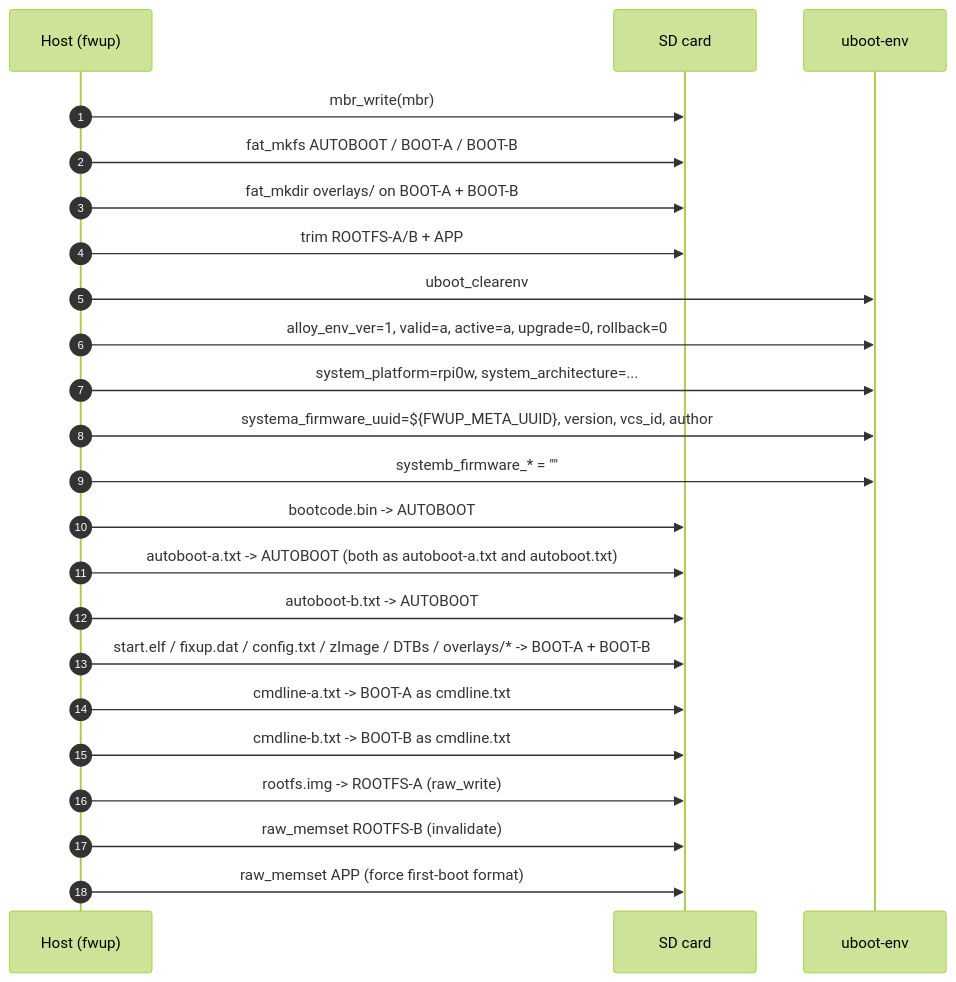
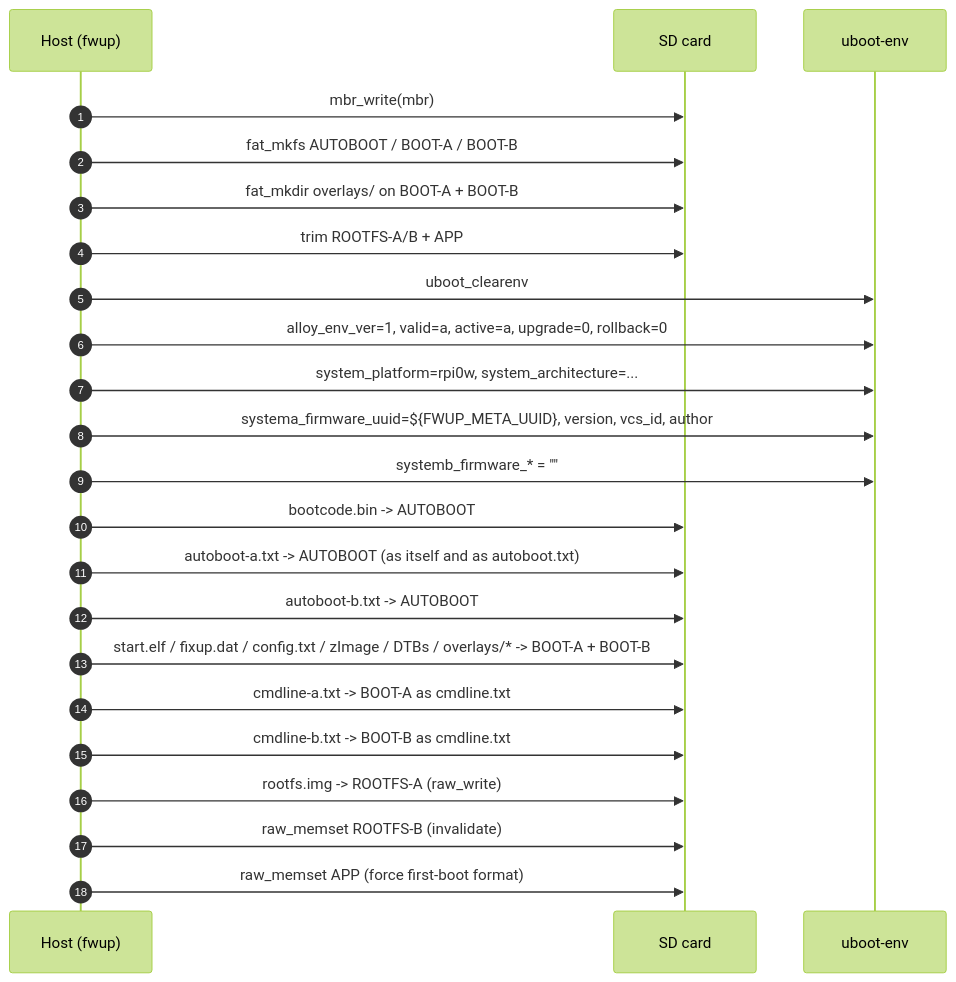
One commit to grisp/grisp_alloy changed the fourth of 7 diagrams in docs/system_rpi0w.md. Above: the diagram before and after it, drawn with Mermaid (forest theme). The commit also changed other lines of this file and 1 other file, not shown here.

````diff
--- a/docs/system_rpi0w.md
+++ b/docs/system_rpi0w.md
@@ -209,29 +209,29 @@
 ```mermaid
 sequenceDiagram
     autonumber
     participant host as Host (fwup)
     participant SD as SD card
     participant ENV as uboot-env
 
     host->>SD: mbr_write(mbr)
     host->>SD: fat_mkfs AUTOBOOT / BOOT-A / BOOT-B
     host->>SD: fat_mkdir overlays/ on BOOT-A + BOOT-B
     host->>SD: trim ROOTFS-A/B + APP
 
     host->>ENV: uboot_clearenv
     host->>ENV: alloy_env_ver=1, valid=a, active=a, upgrade=0, rollback=0
     host->>ENV: system_platform=rpi0w, system_architecture=...
     host->>ENV: systema_firmware_uuid=${FWUP_META_UUID}, version, vcs_id, author
     host->>ENV: systemb_firmware_* = ""
 
     host->>SD: bootcode.bin -> AUTOBOOT
-    host->>SD: autoboot-a.txt -> AUTOBOOT (both as autoboot-a.txt and autoboot.txt)
+    host->>SD: autoboot-a.txt -> AUTOBOOT (as itself and as autoboot.txt)
     host->>SD: autoboot-b.txt -> AUTOBOOT
     host->>SD: start.elf / fixup.dat / config.txt / zImage / DTBs / overlays/* -> BOOT-A + BOOT-B
     host->>SD: cmdline-a.txt -> BOOT-A as cmdline.txt
     host->>SD: cmdline-b.txt -> BOOT-B as cmdline.txt
 
     host->>SD: rootfs.img -> ROOTFS-A (raw_write)
     host->>SD: raw_memset ROOTFS-B (invalidate)
     host->>SD: raw_memset APP (force first-boot format)
 ```
````
